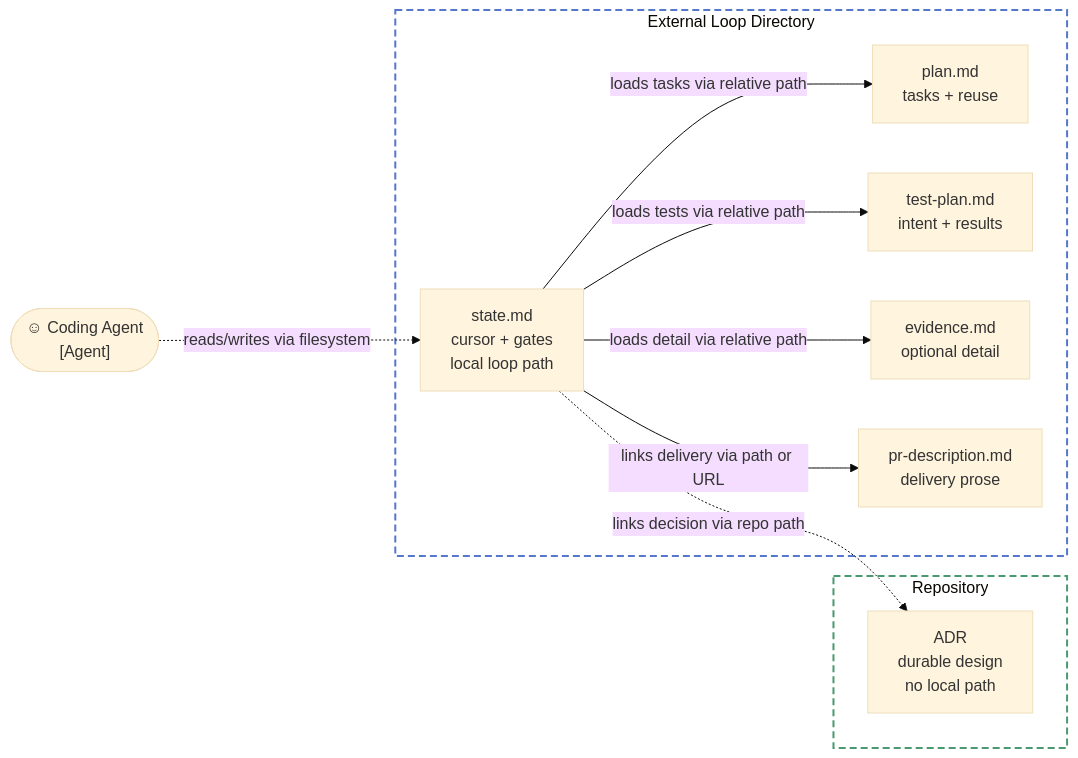
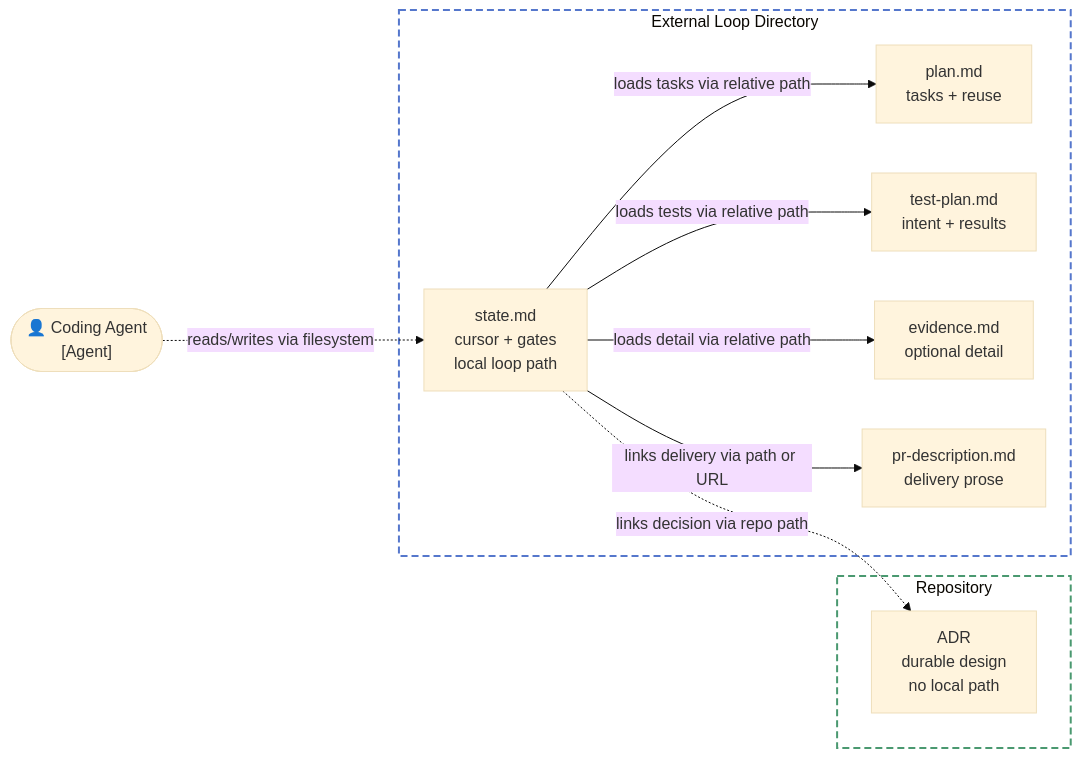
The diagram in docs/architecture-decisions/005-compact-loop-records.md (dej-h/ratchet), drawn with Mermaid (base theme) before and after one commit. The commit also changed 2 other files, not shown here.

Commit message:
fix(validation): parse markdown heading structure

````diff
--- a/docs/architecture-decisions/005-compact-loop-records.md
+++ b/docs/architecture-decisions/005-compact-loop-records.md
@@ -157,34 +157,34 @@
 ```mermaid
 graph LR
-    Agent(["☺ Coding Agent<br/>[Agent]"])
+    Agent(["👤 Coding Agent<br/>[Agent]"])
 
     subgraph loop["External Loop Directory"]
         State["state.md
         cursor + gates
         local loop path"]
         Plan["plan.md
         tasks + reuse"]
         Tests["test-plan.md
         intent + results"]
         Evidence["evidence.md
         optional detail"]
         Delivery["pr-description.md
         delivery prose"]
     end
 
     subgraph repo["Repository"]
         ADR["ADR
         durable design
         no local path"]
     end
 
     Agent -.->|"reads/writes via filesystem"| State
     State -->|"loads tasks via relative path"| Plan
     State -->|"loads tests via relative path"| Tests
     State -->|"loads detail via relative path"| Evidence
     State -->|"links delivery via path or URL"| Delivery
     State -.->|"links decision via repo path"| ADR
 
     style loop fill:none,stroke:#5577cc,stroke-width:2px,stroke-dasharray:7 4
     style repo fill:none,stroke:#4a9970,stroke-width:2px,stroke-dasharray:7 4
 ```
````
